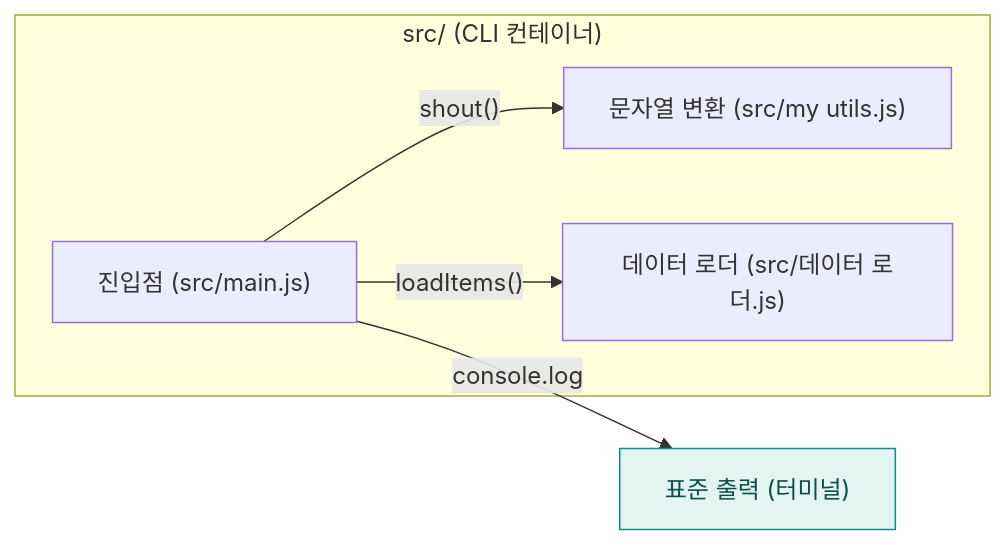
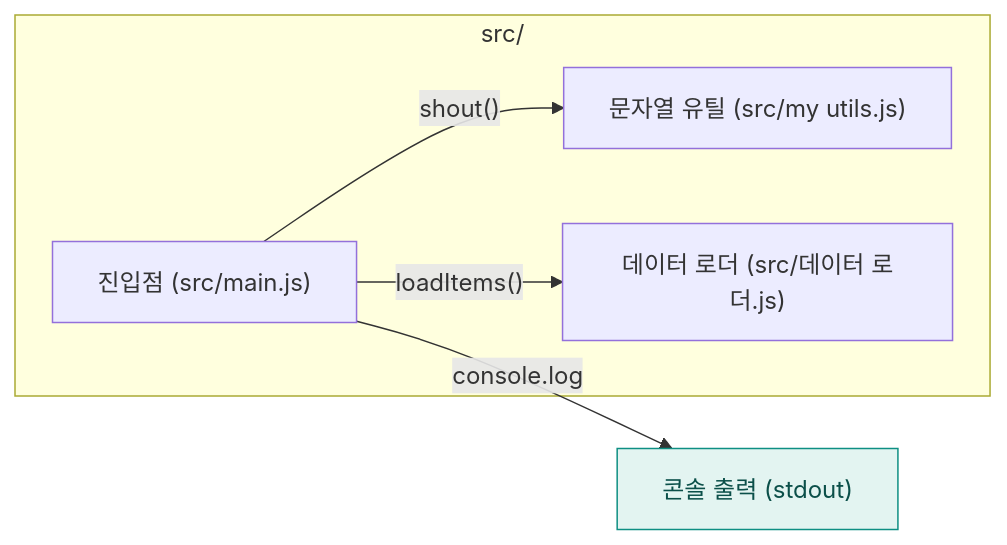
One commit to hxxnn/codemap changed the third of 3 diagrams in examples/edge-names/docs/codemap/architecture.md. Above: the diagram before and after it, drawn with Mermaid. The commit also changed other lines of this file and 45 other files, not shown here.

````diff
--- a/examples/edge-names/docs/codemap/architecture.md
+++ b/examples/edge-names/docs/codemap/architecture.md
@@ -46,13 +44,13 @@
 ```mermaid
 flowchart LR
-  subgraph app["src/ (CLI 컨테이너)"]
-    main["진입점 (src/main.js)"]
-    utils["문자열 변환 (src/my utils.js)"]
-    loader["데이터 로더 (src/데이터 로더.js)"]
+  o["콘솔 출력 (stdout)"]:::external
+  subgraph g["src/"]
+    m["진입점 (src/main.js)"]
+    ut["문자열 유틸 (src/my utils.js)"]
+    ld["데이터 로더 (src/데이터 로더.js)"]
   end
-  out["표준 출력 (터미널)"]:::external
-  main -->|"loadItems()"| loader
-  main -->|"shout()"| utils
-  main -->|"console.log"| out
+  m -->|"shout()"| ut
+  m -->|"loadItems()"| ld
+  m -->|"console.log"| o
   classDef external fill:#E3F4F1,stroke:#0E8F83,color:#0B4F49
 ```
````
